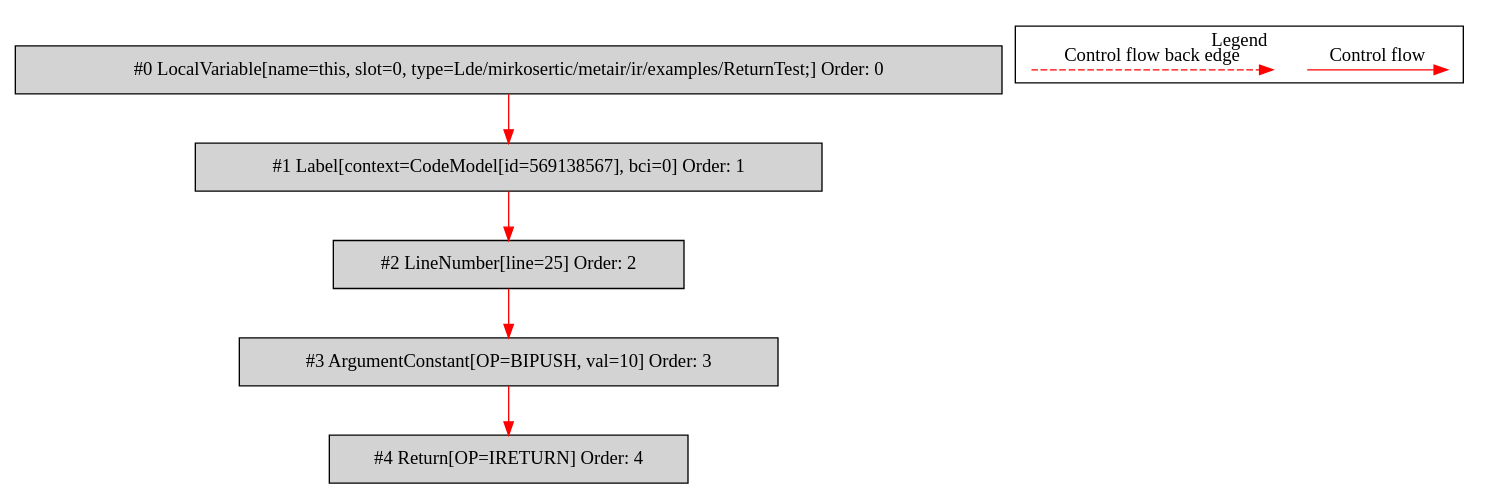
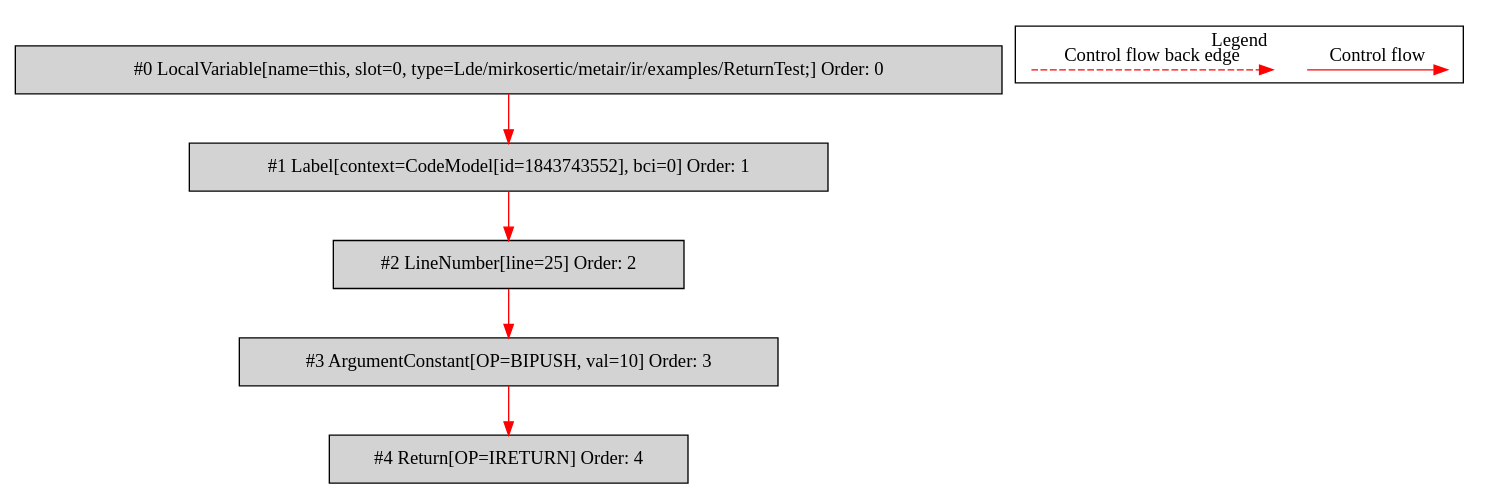
The diagram in de.mirkosertic.metair.ir.examples.ReturnTest/returnInt/bytecodecfg.dot (mirkosertic/MetaIR), drawn with Graphviz before and after one commit. The commit also changed 27 other files, not shown here.

```diff
--- a/de.mirkosertic.metair.ir.examples.ReturnTest/returnInt/bytecodecfg.dot
+++ b/de.mirkosertic.metair.ir.examples.ReturnTest/returnInt/bytecodecfg.dot
@@ -1,25 +1,25 @@
 digraph {
  node0[label="#0 LocalVariable[name=this, slot=0, type=Lde/mirkosertic/metair/ir/examples/ReturnTest;] Order: 0", shape=box, fillcolor=lightgrey, style=filled];
- node1[label="#1 Label[context=CodeModel[id=569138567], bci=0] Order: 1", shape=box, fillcolor=lightgrey, style=filled];
+ node1[label="#1 Label[context=CodeModel[id=1843743552], bci=0] Order: 1", shape=box, fillcolor=lightgrey, style=filled];
  node2[label="#2 LineNumber[line=25] Order: 2", shape=box, fillcolor=lightgrey, style=filled];
  node3[label="#3 ArgumentConstant[OP=BIPUSH, val=10] Order: 3", shape=box, fillcolor=lightgrey, style=filled];
  node4[label="#4 Return[OP=IRETURN] Order: 4", shape=box, fillcolor=lightgrey, style=filled];
  node0 -> node1[color=red];
  node1 -> node2[color=red];
  node2 -> node3[color=red];
  node3 -> node4[color=red];
  subgraph cluster_000 {
   label = "Legend";
   node [shape=point]
   {
    rank=same;
    c0 [style = invis];
    c1 [style = invis];
    c2 [style = invis];
    c3 [style = invis];
   }
   c0 -> c1 [label="Control flow", style=solid, color=red]
   c2 -> c3 [label="Control flow back edge", style=dashed, color=red]
  }
 
 }
```
